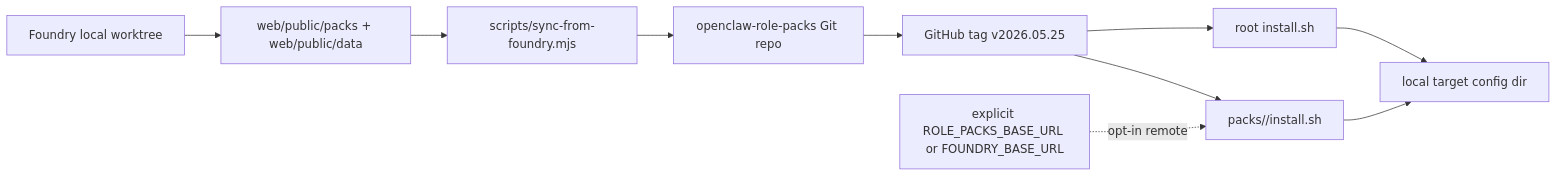
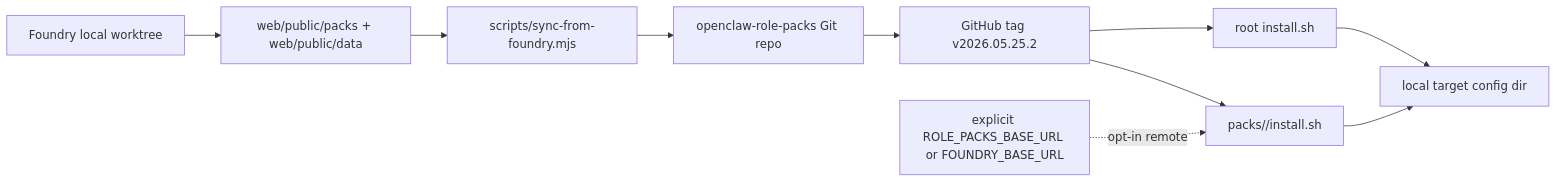
Before and after one commit to MARUCIE/openclaw-foundry: the third of 6 diagrams in doc/00_project/initiative_openclaw_foundry/SYSTEM_ARCHITECTURE.md, drawn with Mermaid. The commit also changed other lines of this file and 105 other files, not shown here.

````diff
--- a/doc/00_project/initiative_openclaw_foundry/SYSTEM_ARCHITECTURE.md
+++ b/doc/00_project/initiative_openclaw_foundry/SYSTEM_ARCHITECTURE.md
@@ -134,12 +134,12 @@
 ```mermaid
 flowchart LR
   A[Foundry local worktree] --> B[web/public/packs + web/public/data]
   B --> C[scripts/sync-from-foundry.mjs]
   C --> D[openclaw-role-packs Git repo]
-  D --> E[GitHub tag v2026.05.25]
+  D --> E[GitHub tag v2026.05.25.2]
   E --> F[root install.sh]
   E --> G[packs/<id>/install.sh]
   F --> H[local target config dir]
   G --> H
   I[explicit ROLE_PACKS_BASE_URL or FOUNDRY_BASE_URL] -. opt-in remote .-> G
 ```
````
